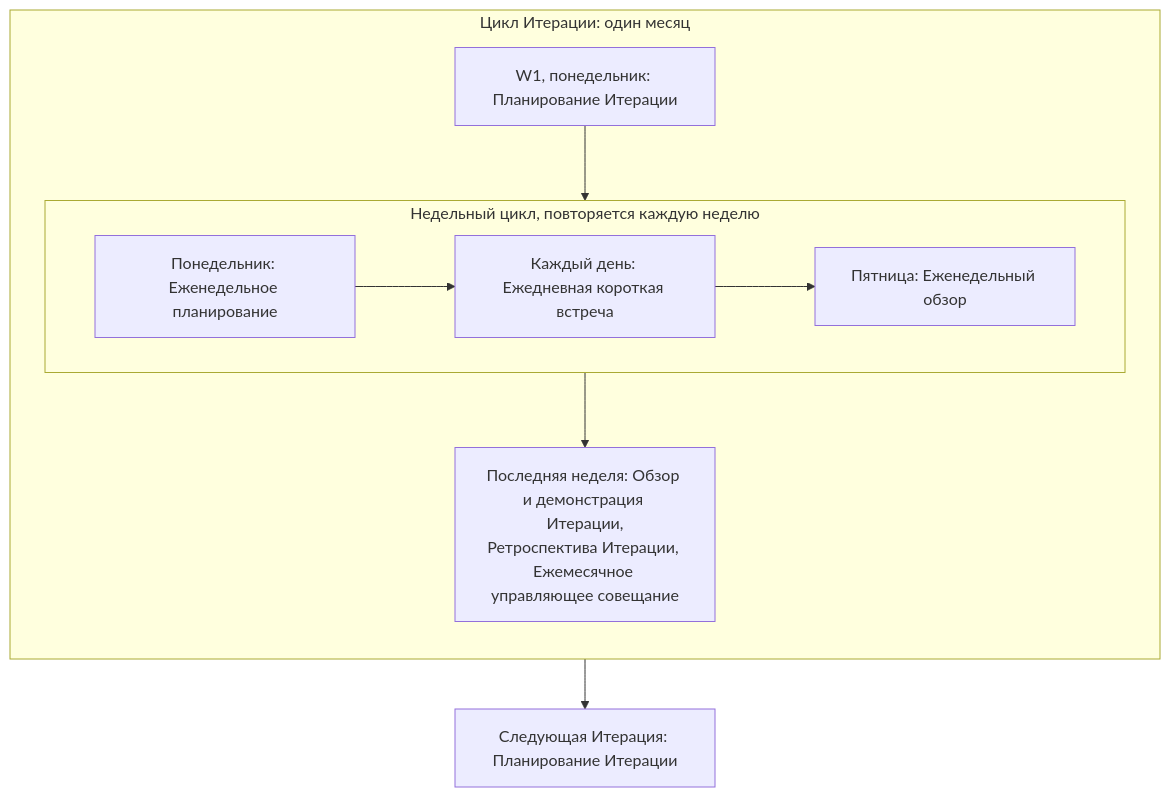
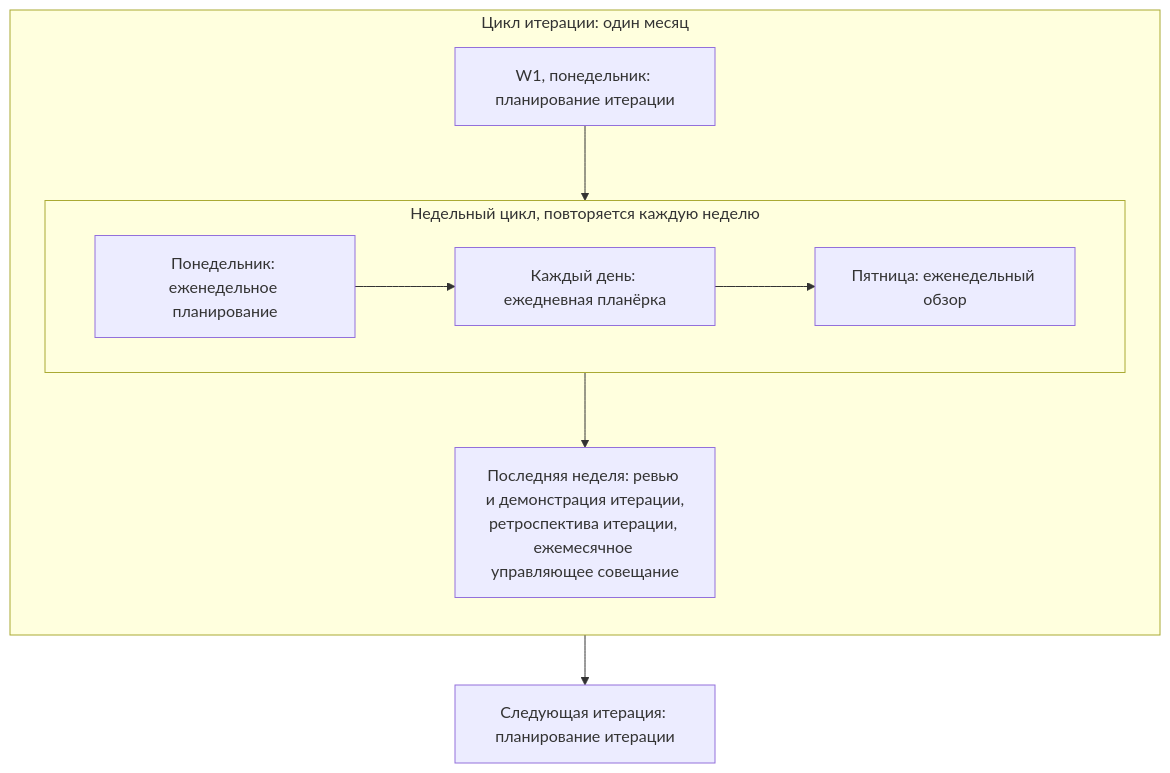
Before and after one commit to devhogu/ob-aicc: the fifth of 6 diagrams in charter/ru/workflows/cadence.md, drawn with Mermaid. The commit also changed other lines of this file and 7 other files, not shown here.

````diff
--- a/charter/ru/workflows/cadence.md
+++ b/charter/ru/workflows/cadence.md
@@ -150,13 +160,13 @@
 ```mermaid
 flowchart TB
-  subgraph Iteration["Цикл Итерации: один месяц"]
+  subgraph Iteration["Цикл итерации: один месяц"]
     direction TB
-    ITP["W1, понедельник: Планирование Итерации"] --> WK
+    ITP["W1, понедельник: планирование итерации"] --> WK
     subgraph WK["Недельный цикл, повторяется каждую неделю"]
       direction LR
-      WP["Понедельник: Еженедельное планирование"] --> DS["Каждый день: Ежедневная короткая встреча"] --> WR["Пятница: Еженедельный обзор"]
+      WP["Понедельник: еженедельное планирование"] --> DS["Каждый день: ежедневная планёрка"] --> WR["Пятница: еженедельный обзор"]
     end
-    WK --> RW["Последняя неделя: Обзор и демонстрация Итерации,<br/>Ретроспектива Итерации, Ежемесячное управляющее совещание"]
+    WK --> RW["Последняя неделя: ревью и демонстрация итерации,<br/>ретроспектива итерации, ежемесячное управляющее совещание"]
   end
-  RW --> NITP["Следующая Итерация: Планирование Итерации"]
+  RW --> NITP["Следующая итерация: планирование итерации"]
 ```
````
